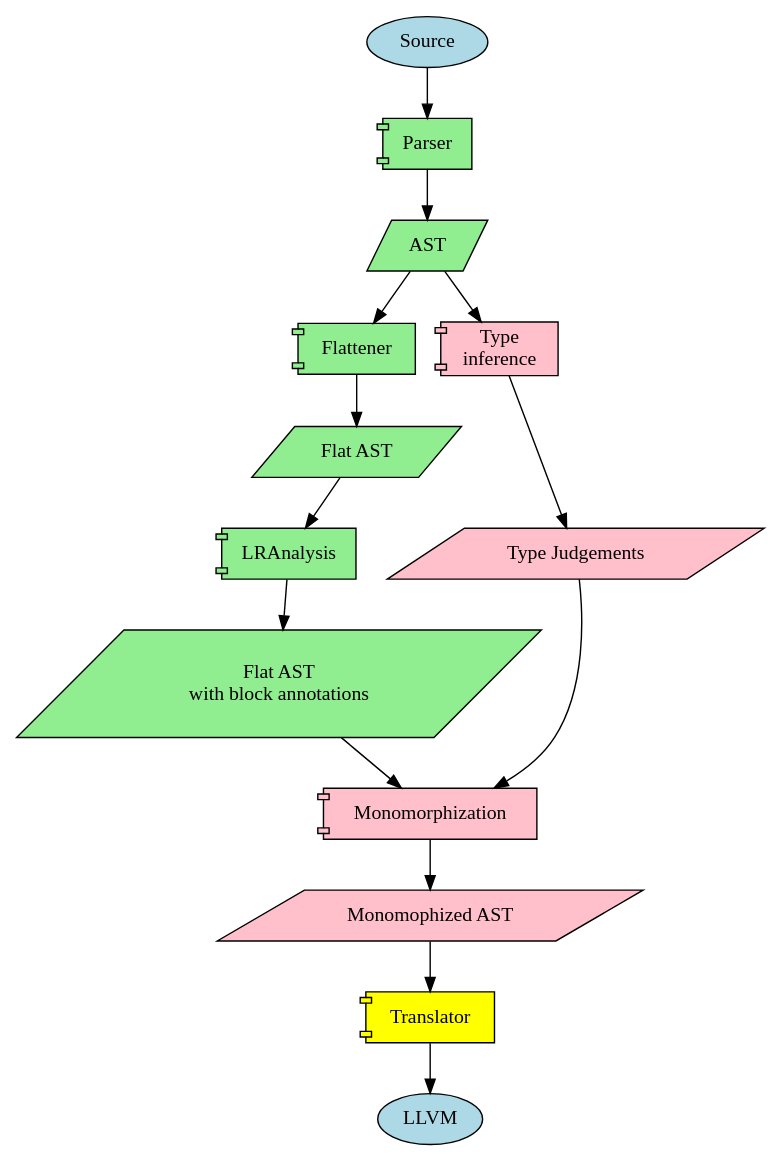
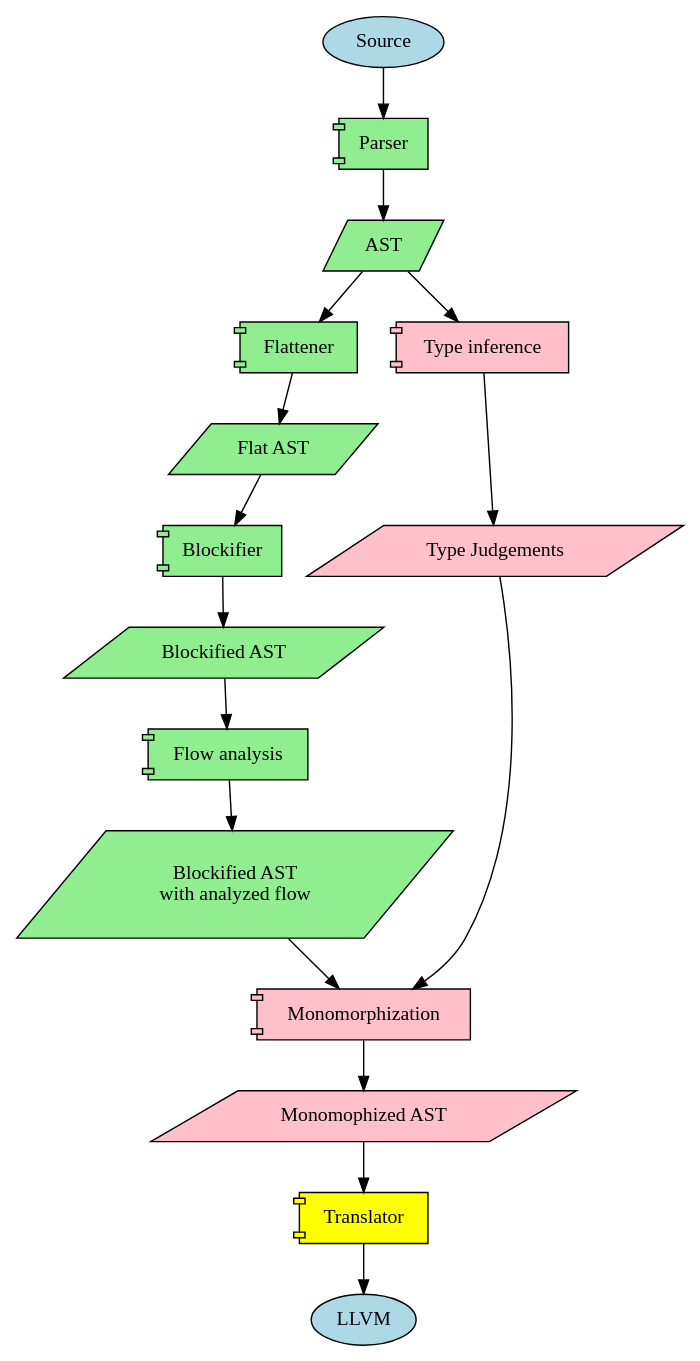
The diagram in doc/TODOdiagram.dot (jiriklepl/masters-thesis-code), drawn with Graphviz before and after one commit. The commit also changed 1 other file, not shown here.

Commit message:
updated the diagrams

```diff
--- a/doc/TODOdiagram.dot
+++ b/doc/TODOdiagram.dot
@@ -1,42 +1,45 @@
 digraph {
     node [style="filled"]
 
     subgraph ends {
         node [shape="ellipse"]
 
         Source [fillcolor="lightblue"]
         LLVM [fillcolor="lightblue"]
     }
 
     subgraph data {
         node [shape="parallelogram"]
 
         AST [fillcolor="lightgreen"]
         Judgements [label="Type Judgements", fillcolor="pink"]
         FlatAST [label="Flat AST", fillcolor="lightgreen"]
-        FlatASTAnnots [label="Flat AST\nwith block annotations", fillcolor="lightgreen"]
+        BlockifiedAST [label="Blockified AST", fillcolor="lightgreen"]
+        BlockifiedASTAnnots [label="Blockified AST\nwith analyzed flow", fillcolor="lightgreen"]
         MonoAST [label="Monomophized AST", fillcolor="pink"]
     }
 
     subgraph components {
         node [shape="component"]
 
         Parser [fillcolor="lightgreen"]
         Flattener [fillcolor="lightgreen"]
-        Infer [label="Type\ninference", fillcolor="pink"]
-        LRAnalysis [fillcolor="lightgreen"]
+        Infer [label="Type inference", fillcolor="pink"]
+        Blockifier [fillcolor="lightgreen"]
+        FlowAnalysis [label="Flow analysis", fillcolor="lightgreen"]
         Monomorphization [fillcolor="pink"]
         Translator [fillcolor="yellow"]
     }
 
     subgraph decisions {
         node [shape="diamond"]
     }
 
     Source -> Parser -> AST
     AST -> Flattener -> FlatAST
     AST -> Infer -> Judgements -> Monomorphization
-    FlatAST -> LRAnalysis -> FlatASTAnnots
-    FlatASTAnnots -> Monomorphization -> MonoAST
+    FlatAST -> Blockifier -> BlockifiedAST
+    BlockifiedAST -> FlowAnalysis -> BlockifiedASTAnnots
+    BlockifiedASTAnnots -> Monomorphization -> MonoAST
     MonoAST -> Translator -> LLVM
 }
```
